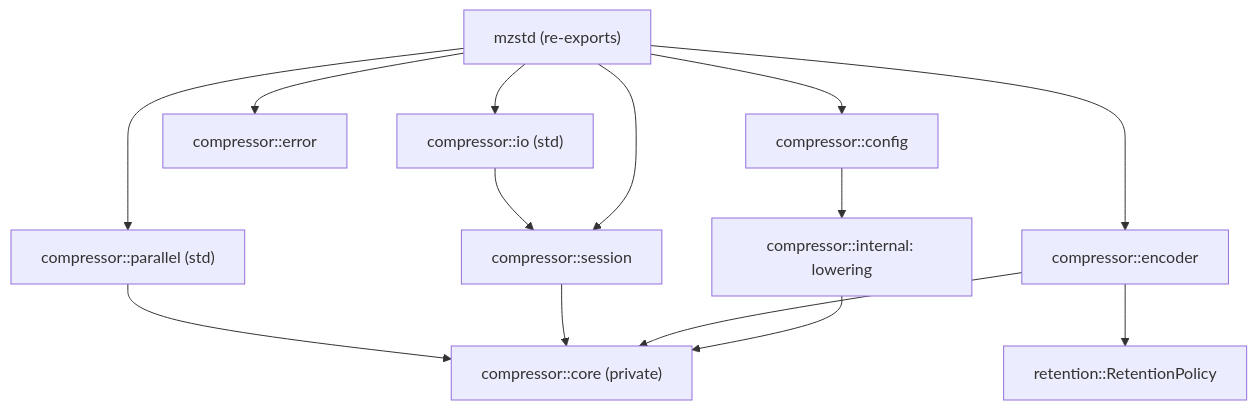
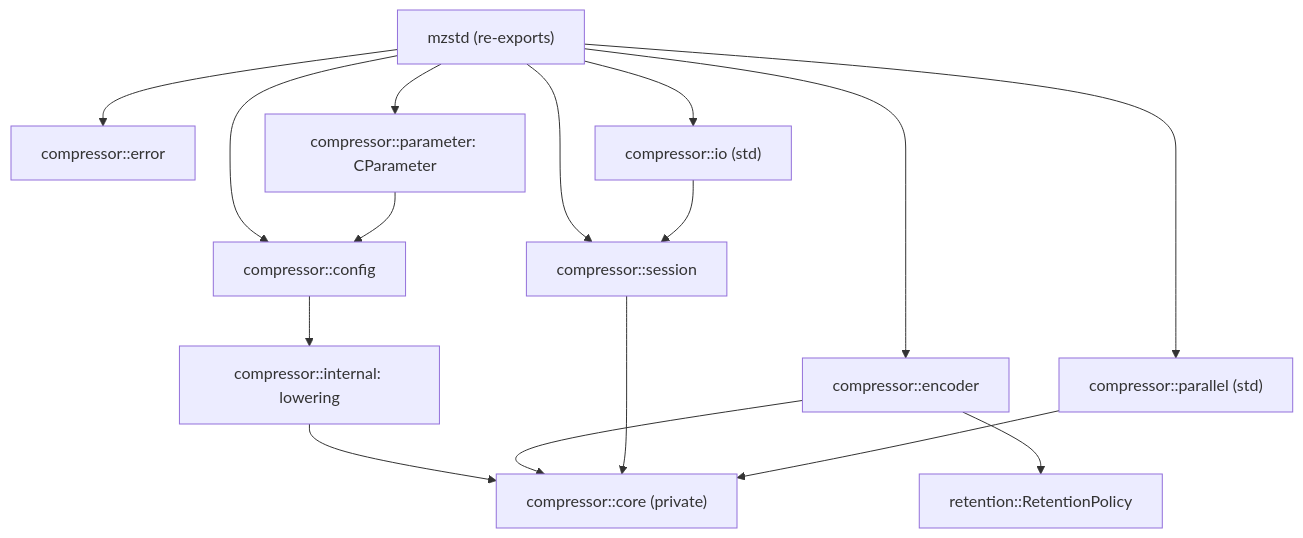
Before and after one commit to M-Compressors/mzstd: the first of 6 diagrams in architecture/compressor.md, drawn with Mermaid. The commit also changed other lines of this file and 390 other files, not shown here.

````diff
--- a/architecture/compressor.md
+++ b/architecture/compressor.md
@@ -10,16 +10,18 @@
 ```mermaid
 graph TD
     Root["mzstd (re-exports)"] --> Config[compressor::config]
     Root --> Encoder[compressor::encoder]
     Root --> Session[compressor::session]
     Root --> Error[compressor::error]
+    Root --> Parameter[compressor::parameter: CParameter]
     Root --> IO["compressor::io (std)"]
     Root --> Parallel["compressor::parallel (std)"]
+    Parameter --> Config
     Config --> Internal[compressor::internal: lowering]
     Internal --> Core["compressor::core (private)"]
     Encoder --> Core
     Session --> Core
     IO --> Session
     Parallel --> Core
     Encoder --> Retention[retention::RetentionPolicy]
 ```
````
